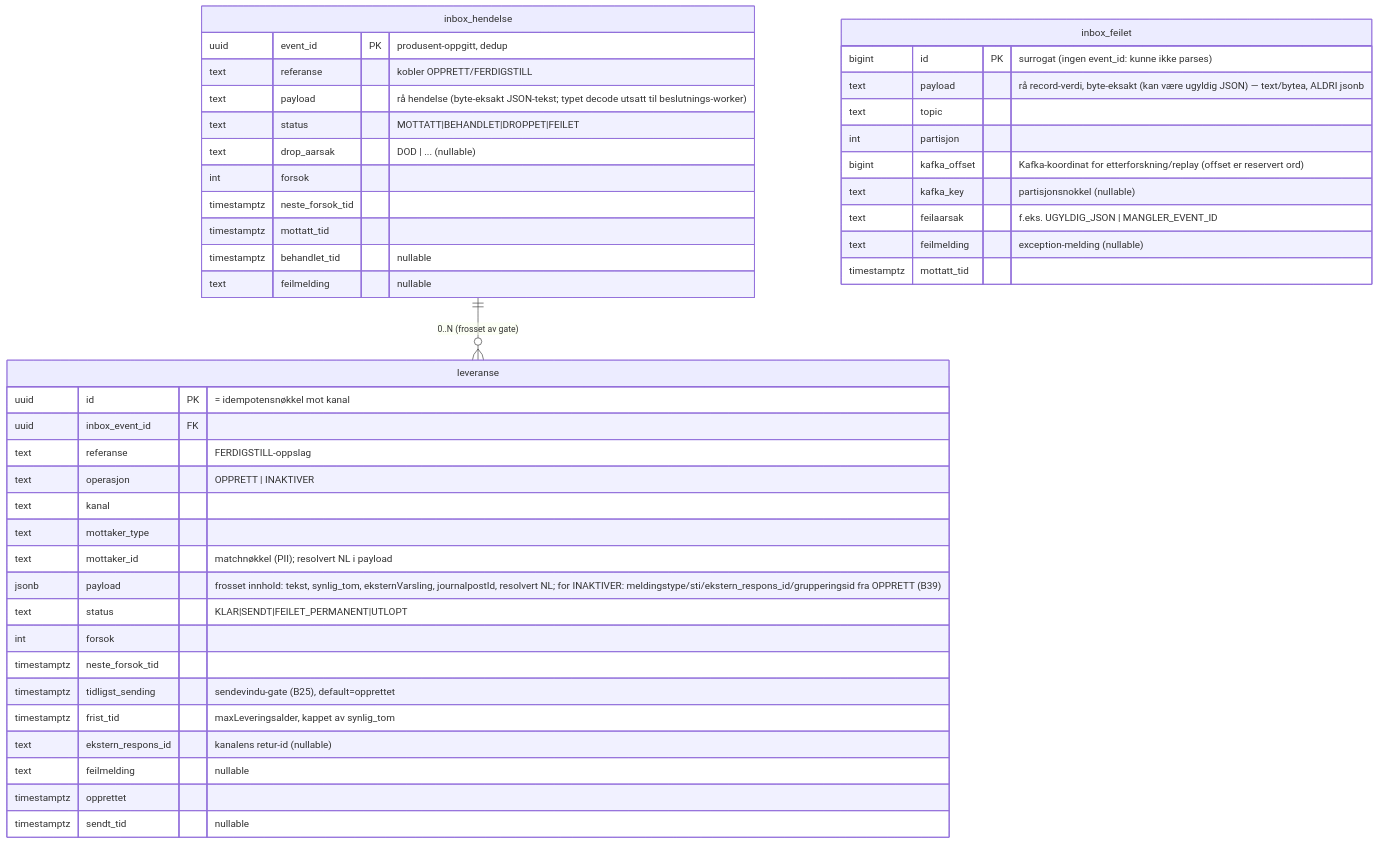
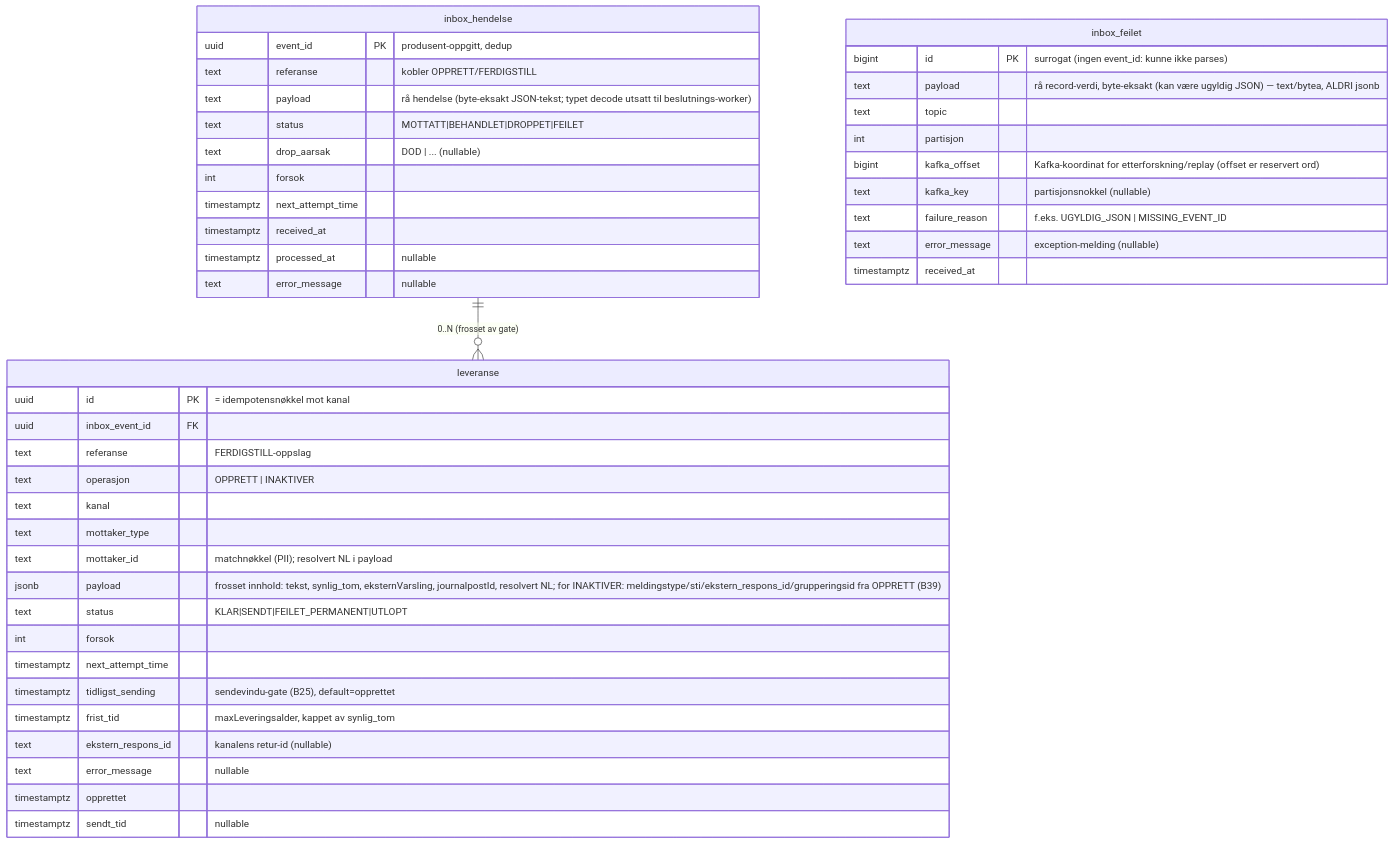
The diagram in docs/DATAMODELL.md (navikt/syfo-budstikka), drawn with Mermaid before and after one commit. The commit also changed other lines of this file and 13 other files, not shown here.

````diff
--- a/docs/DATAMODELL.md
+++ b/docs/DATAMODELL.md
@@ -8,49 +8,49 @@
 ```mermaid
 erDiagram
     inbox_hendelse ||--o{ leveranse : "0..N (frosset av gate)"
 
     inbox_hendelse {
         uuid        event_id PK "produsent-oppgitt, dedup"
         text        referanse "kobler OPPRETT/FERDIGSTILL"
         text        payload "rå hendelse (byte-eksakt JSON-tekst; typet decode utsatt til beslutnings-worker)"
         text        status "MOTTATT|BEHANDLET|DROPPET|FEILET"
         text        drop_aarsak "DOD | ... (nullable)"
         int         forsok
-        timestamptz neste_forsok_tid
-        timestamptz mottatt_tid
-        timestamptz behandlet_tid "nullable"
-        text        feilmelding "nullable"
+        timestamptz next_attempt_time
+        timestamptz received_at
+        timestamptz processed_at "nullable"
+        text        error_message "nullable"
     }
 
     leveranse {
         uuid        id PK "= idempotensnøkkel mot kanal"
         uuid        inbox_event_id FK
         text        referanse "FERDIGSTILL-oppslag"
         text        operasjon "OPPRETT | INAKTIVER"
         text        kanal
         text        mottaker_type
         text        mottaker_id "matchnøkkel (PII); resolvert NL i payload"
         jsonb       payload "frosset innhold: tekst, synlig_tom, eksternVarsling, journalpostId, resolvert NL; for INAKTIVER: meldingstype/sti/ekstern_respons_id/grupperingsid fra OPPRETT (B39)"
         text        status "KLAR|SENDT|FEILET_PERMANENT|UTLOPT"
         int         forsok
-        timestamptz neste_forsok_tid
+        timestamptz next_attempt_time
         timestamptz tidligst_sending "sendevindu-gate (B25), default=opprettet"
         timestamptz frist_tid "maxLeveringsalder, kappet av synlig_tom"
         text        ekstern_respons_id "kanalens retur-id (nullable)"
-        text        feilmelding "nullable"
+        text        error_message "nullable"
         timestamptz opprettet
         timestamptz sendt_tid "nullable"
     }
 
     inbox_feilet {
         bigint      id PK "surrogat (ingen event_id: kunne ikke parses)"
         text        payload "rå record-verdi, byte-eksakt (kan være ugyldig JSON) — text/bytea, ALDRI jsonb"
         text        topic
         int         partisjon
         bigint      kafka_offset "Kafka-koordinat for etterforskning/replay (offset er reservert ord)"
         text        kafka_key "partisjonsnokkel (nullable)"
-        text        feilaarsak "f.eks. UGYLDIG_JSON | MANGLER_EVENT_ID"
-        text        feilmelding "exception-melding (nullable)"
-        timestamptz mottatt_tid
+        text        failure_reason "f.eks. UGYLDIG_JSON | MISSING_EVENT_ID"
+        text        error_message "exception-melding (nullable)"
+        timestamptz received_at
     }
 ```
````
